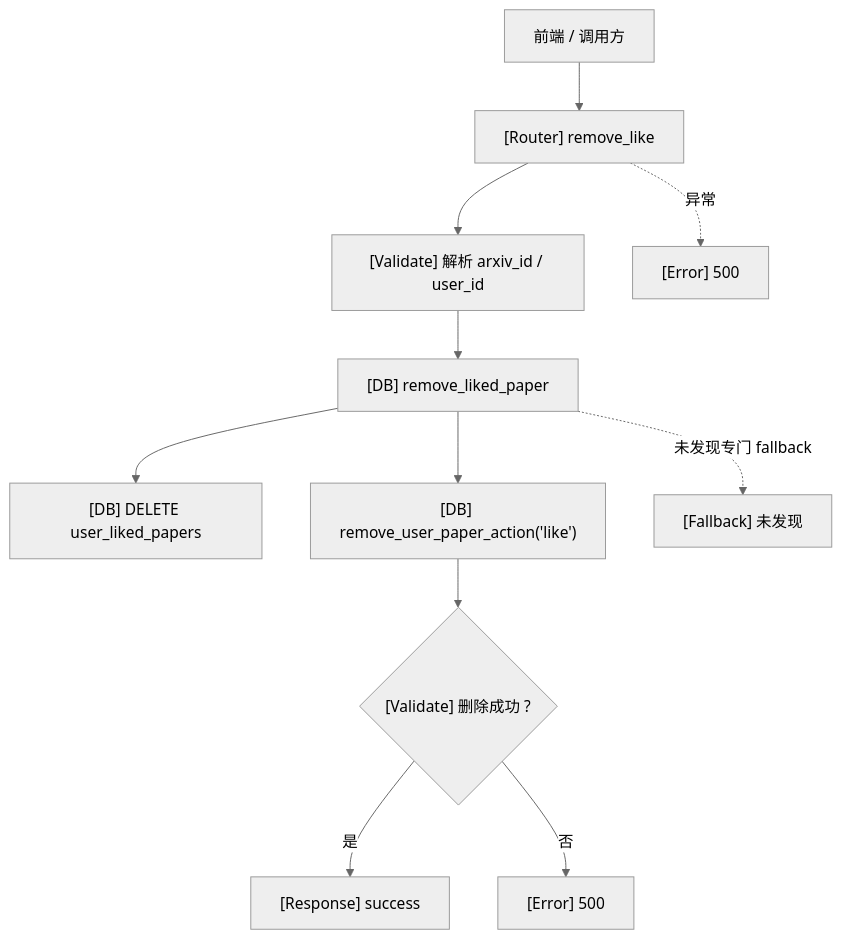
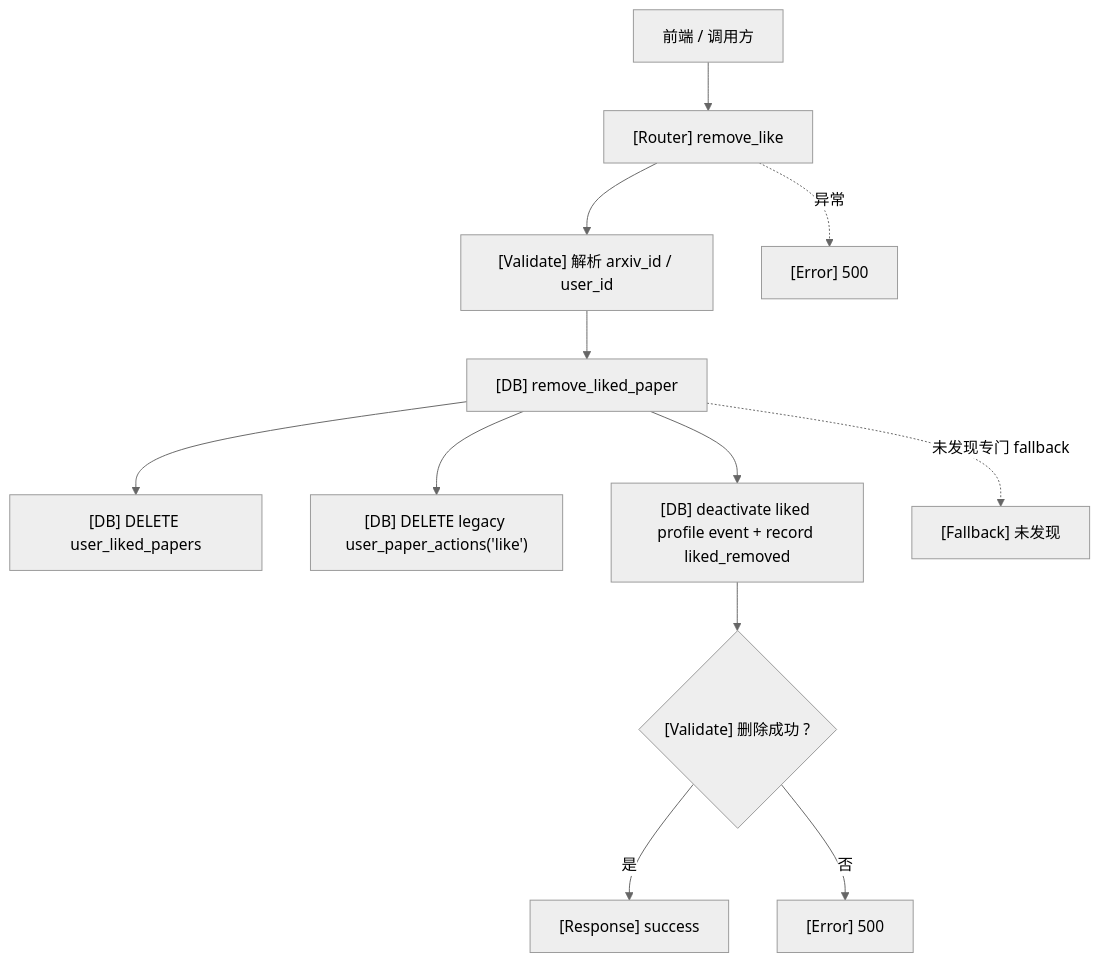
One commit to PolarisSun729/arxiv-research-agent changed diagram 12 of 16 in docs/architecture/routers/user_router_flow.md. Above: the diagram before and after it, drawn with Mermaid (neutral theme). The commit also changed other lines of this file and 75 other files, not shown here.

````diff
--- a/docs/architecture/routers/user_router_flow.md
+++ b/docs/architecture/routers/user_router_flow.md
@@ -735,13 +734,14 @@
 ```mermaid
 flowchart TD
     A["前端 / 调用方"] --> B["[Router] remove_like"]
     B --> C["[Validate] 解析 arxiv_id / user_id"]
     C --> D["[DB] remove_liked_paper"]
     D --> E["[DB] DELETE user_liked_papers"]
-    D --> F["[DB] remove_user_paper_action('like')"]
-    F --> G{"[Validate] 删除成功 ?"}
+    D --> F["[DB] DELETE legacy user_paper_actions('like')"]
+    D --> F1["[DB] deactivate liked profile event + record liked_removed"]
+    F1 --> G{"[Validate] 删除成功 ?"}
     G -->|是| H["[Response] success"]
     G -->|否| I["[Error] 500"]
     B -. 异常 .-> J["[Error] 500"]
     D -. 未发现专门 fallback .-> K["[Fallback] 未发现"]
 ```
````
